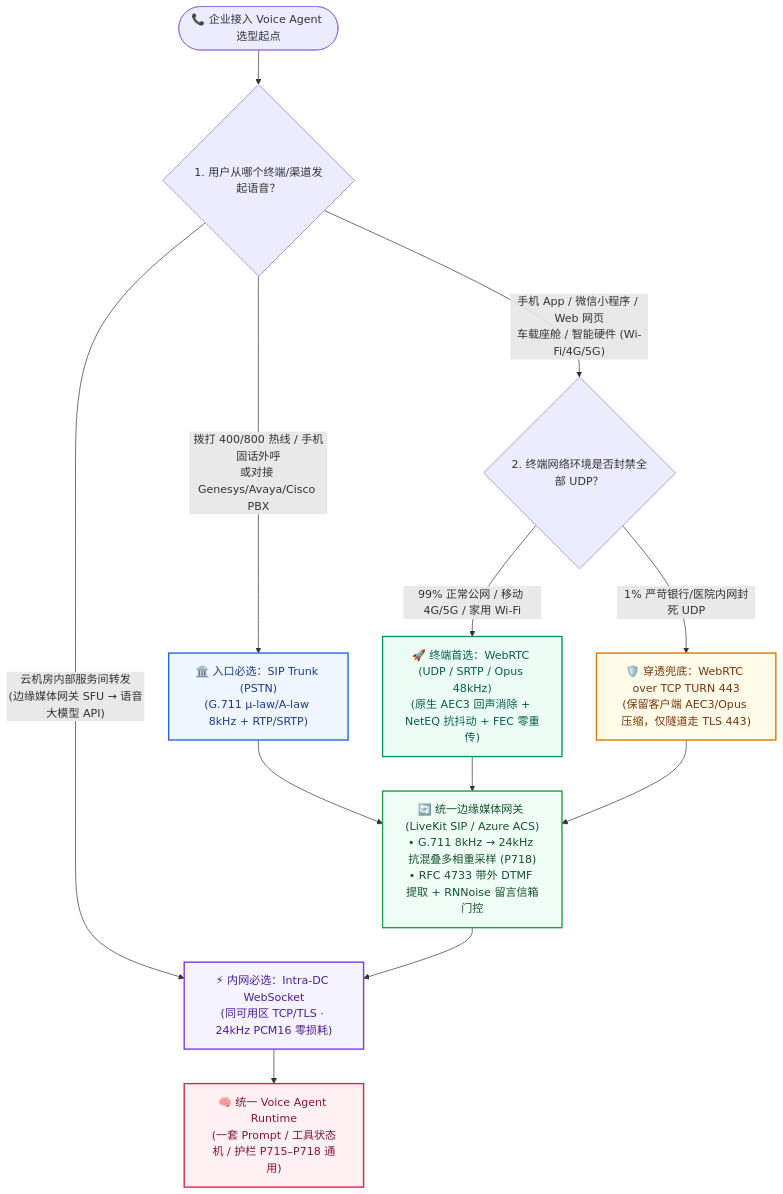
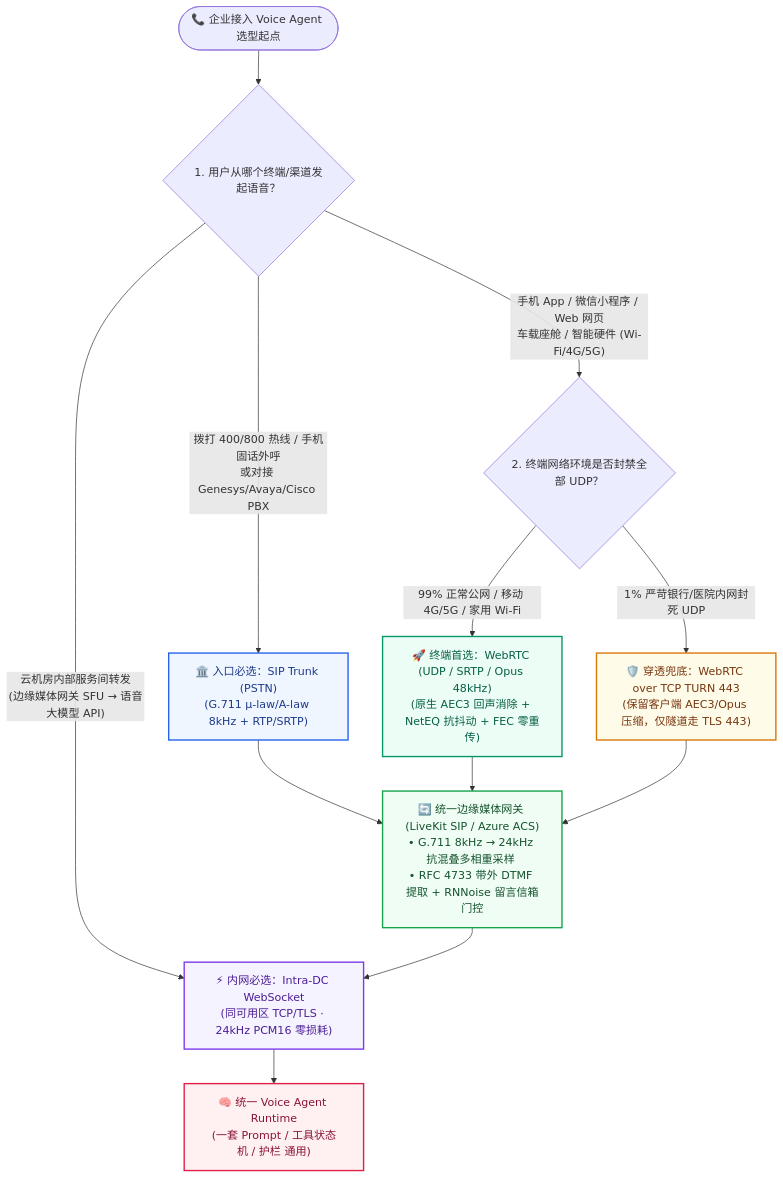
One commit to turbo998/voice-agent-lab changed the first of 3 diagrams in docs/webrtc-vs-websocket-vs-sip-ingress-selection-faq.md. Above: the diagram before and after it, drawn with Mermaid. The commit also changed other lines of this file and 715 other files, not shown here.

First line of the commit message:
chore: curate Enterprise Voice AI SA deliverables and purge non-SA RFC/industrial bloat

````diff
--- a/docs/webrtc-vs-websocket-vs-sip-ingress-selection-faq.md
+++ b/docs/webrtc-vs-websocket-vs-sip-ingress-selection-faq.md
@@ -103,25 +103,25 @@
 ```mermaid
 flowchart TD
-    Start(["📞 企业接入 Voice Agent 选型起点"]) --> Q1{"1. 用户从哪个终端/渠道发起语音？"}
+ Start(["📞 企业接入 Voice Agent 选型起点"]) --> Q1{"1. 用户从哪个终端/渠道发起语音？"}
 
-    Q1 -->|"拨打 400/800 热线 / 手机固话外呼<br/>或对接 Genesys/Avaya/Cisco PBX"| SIP["🏛️ 入口必选：SIP Trunk (PSTN)<br/>(G.711 μ-law/A-law 8kHz + RTP/SRTP)"]
-    Q1 -->|"手机 App / 微信小程序 / Web 网页<br/>车载座舱 / 智能硬件 (Wi-Fi/4G/5G)"| Q2{"2. 终端网络环境是否封禁全部 UDP？"}
-    Q1 -->|"云机房内部服务间转发<br/>(边缘媒体网关 SFU → 语音大模型 API)"| WS_DC["⚡ 内网必选：Intra-DC WebSocket<br/>(同可用区 TCP/TLS · 24kHz PCM16 零损耗)"]
+ Q1 -->|"拨打 400/800 热线 / 手机固话外呼<br/>或对接 Genesys/Avaya/Cisco PBX"| SIP["🏛️ 入口必选：SIP Trunk (PSTN)<br/>(G.711 μ-law/A-law 8kHz + RTP/SRTP)"]
+ Q1 -->|"手机 App / 微信小程序 / Web 网页<br/>车载座舱 / 智能硬件 (Wi-Fi/4G/5G)"| Q2{"2. 终端网络环境是否封禁全部 UDP？"}
+ Q1 -->|"云机房内部服务间转发<br/>(边缘媒体网关 SFU → 语音大模型 API)"| WS_DC["⚡ 内网必选：Intra-DC WebSocket<br/>(同可用区 TCP/TLS · 24kHz PCM16 零损耗)"]
 
-    Q2 -->|"99% 正常公网 / 移动 4G/5G / 家用 Wi-Fi"| WebRTC_UDP["🚀 终端首选：WebRTC (UDP / SRTP / Opus 48kHz)<br/>(原生 AEC3 回声消除 + NetEQ 抗抖动 + FEC 零重传)"]
-    Q2 -->|"1% 严苛银行/医院内网封死 UDP"| WebRTC_TURN["🛡️ 穿透兜底：WebRTC over TCP TURN 443<br/>(保留客户端 AEC3/Opus 压缩，仅隧道走 TLS 443)"]
+ Q2 -->|"99% 正常公网 / 移动 4G/5G / 家用 Wi-Fi"| WebRTC_UDP["🚀 终端首选：WebRTC (UDP / SRTP / Opus 48kHz)<br/>(原生 AEC3 回声消除 + NetEQ 抗抖动 + FEC 零重传)"]
+ Q2 -->|"1% 严苛银行/医院内网封死 UDP"| WebRTC_TURN["🛡️ 穿透兜底：WebRTC over TCP TURN 443<br/>(保留客户端 AEC3/Opus 压缩，仅隧道走 TLS 443)"]
 
-    SIP --> Gateway["🔄 统一边缘媒体网关 (LiveKit SIP / Azure ACS)<br/>• G.711 8kHz → 24kHz 抗混叠多相重采样 (P718)<br/>• RFC 4733 带外 DTMF 提取 + RNNoise 留言信箱门控"]
-    WebRTC_UDP --> Gateway
-    WebRTC_TURN --> Gateway
+ SIP --> Gateway["🔄 统一边缘媒体网关 (LiveKit SIP / Azure ACS)<br/>• G.711 8kHz → 24kHz 抗混叠多相重采样 <br/>• RFC 4733 带外 DTMF 提取 + RNNoise 留言信箱门控"]
+ WebRTC_UDP --> Gateway
+ WebRTC_TURN --> Gateway
 
-    Gateway --> WS_DC
-    WS_DC --> Runtime["🧠 统一 Voice Agent Runtime<br/>(一套 Prompt / 工具状态机 / 护栏 P715–P718 通用)"]
+ Gateway --> WS_DC
+ WS_DC --> Runtime["🧠 统一 Voice Agent Runtime<br/>(一套 Prompt / 工具状态机 / 护栏 通用)"]
 
-    style SIP fill:#eff6ff,stroke:#2563eb,stroke-width:2px,color:#1e3a8a
-    style WebRTC_UDP fill:#ecfdf5,stroke:#059669,stroke-width:2px,color:#065f46
-    style WebRTC_TURN fill:#fefce8,stroke:#d97706,stroke-width:2px,color:#78350f
-    style WS_DC fill:#f5f3ff,stroke:#7c3aed,stroke-width:2px,color:#4c1d95
-    style Gateway fill:#f0fdf4,stroke:#16a34a,stroke-width:2px,color:#14532d
-    style Runtime fill:#fff1f2,stroke:#e11d48,stroke-width:2px,color:#881337
+ style SIP fill:#eff6ff,stroke:#2563eb,stroke-width:2px,color:#1e3a8a
+ style WebRTC_UDP fill:#ecfdf5,stroke:#059669,stroke-width:2px,color:#065f46
+ style WebRTC_TURN fill:#fefce8,stroke:#d97706,stroke-width:2px,color:#78350f
+ style WS_DC fill:#f5f3ff,stroke:#7c3aed,stroke-width:2px,color:#4c1d95
+ style Gateway fill:#f0fdf4,stroke:#16a34a,stroke-width:2px,color:#14532d
+ style Runtime fill:#fff1f2,stroke:#e11d48,stroke-width:2px,color:#881337
 ```
````
